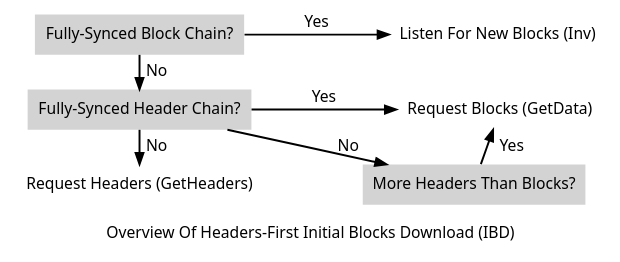
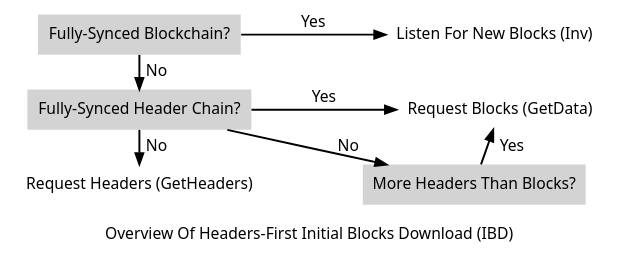
One commit to bitcoin-dot-org/Bitcoin.org changed the diagram in img/dev/en-headers-first-flowchart.dot. Above: the diagram before and after it, drawn with Graphviz. The commit also changed 110 other files, not shown here.

```diff
--- a/img/dev/en-headers-first-flowchart.dot
+++ b/img/dev/en-headers-first-flowchart.dot
@@ -1,37 +1,37 @@
 digraph {
 // This file is licensed under the MIT License (MIT) available on
 // http://opensource.org/licenses/MIT.
 
 size=6.25;
 rankdir=TB
 splines = "true";
 ranksep = 0.2;
 nodesep = 0.9;
 
 edge [ penwidth = 1.75, fontname="Sans" ]
 node [ penwidth = 1.75, shape = "none", fontname="Sans"]
 graph [ penwidth = 1.75, fontname="Sans" ]
 
-fsbc [ label = "Fully-Synced Block Chain?", style = "filled" ];
+fsbc [ label = "Fully-Synced Blockchain?", style = "filled" ];
 fshc [ label = "Fully-Synced Header Chain?", style = "filled" ];
 more_headers_than_blocks [ label = "More Headers Than Blocks?", style = "filled" ];
 listen_for_new_blocks [ label = "Listen For New Blocks (Inv)" ];
 request_blocks [ label = "Request Blocks (GetData)" ];
 request_headers [ label = "Request Headers (GetHeaders)" ];
 
 fsbc -> fshc [ label = "  No" ];
 fshc -> more_headers_than_blocks [ label = "No" ];
 fshc -> request_headers [ label = "  No" ];
 
 fsbc -> listen_for_new_blocks [ label = "Yes", constraint=false ];
 fshc -> request_blocks [ label = "Yes", constraint=false ];
 request_blocks -> more_headers_than_blocks [ dir=back, label = "   Yes" ];
 
 //request_headers -> fshc [ style = "dotted", constraint = false ];
 //request_blocks -> fsbc [ style = "dotted", constraint = false ];
 
 
 
 
 label = "\ \nOverview Of Headers-First Initial Blocks Download (IBD)"
 }
```
